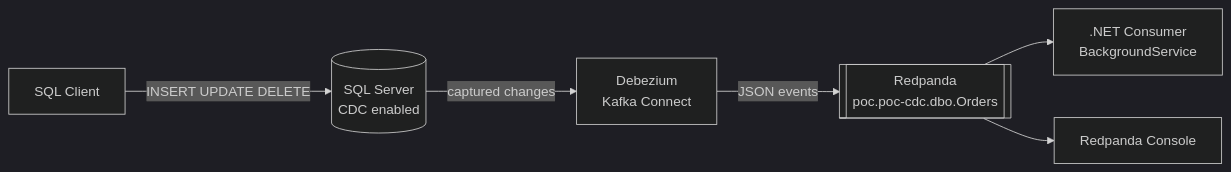
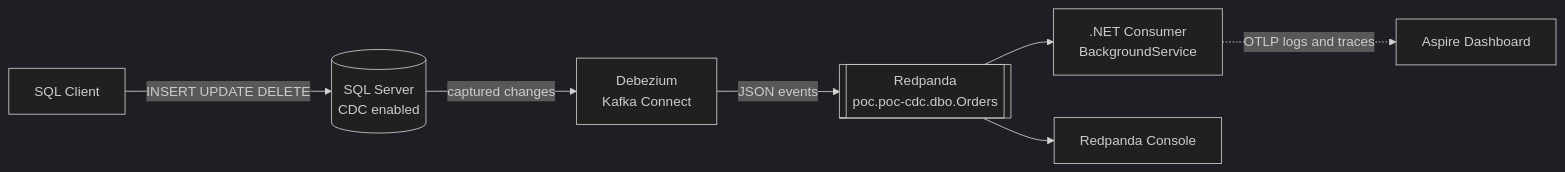
Before and after one commit to shadowjac/cdc-poc: the first of 3 diagrams in README.md, drawn with Mermaid (dark theme). The commit also changed other lines of this file and 4 other files, not shown here.

````diff
--- a/README.md
+++ b/README.md
@@ -7,8 +7,9 @@
 ```mermaid
 flowchart LR
     U[SQL Client] -->|INSERT UPDATE DELETE| SQL[(SQL Server<br/>CDC enabled)]
     SQL -->|captured changes| DBZ[Debezium<br/>Kafka Connect]
-    DBZ -->|JSON events| RP[[Redpanda<br/>poc.poc-cdc.dbo.Orders]]
+    DBZ -->|JSON events| RP[["Redpanda<br/>poc.poc-cdc.dbo.Orders"]]
     RP --> APP[.NET Consumer<br/>BackgroundService]
     RP --> UI[Redpanda Console]
+    APP -.->|OTLP logs and traces| AD[Aspire Dashboard]
 ```
````
